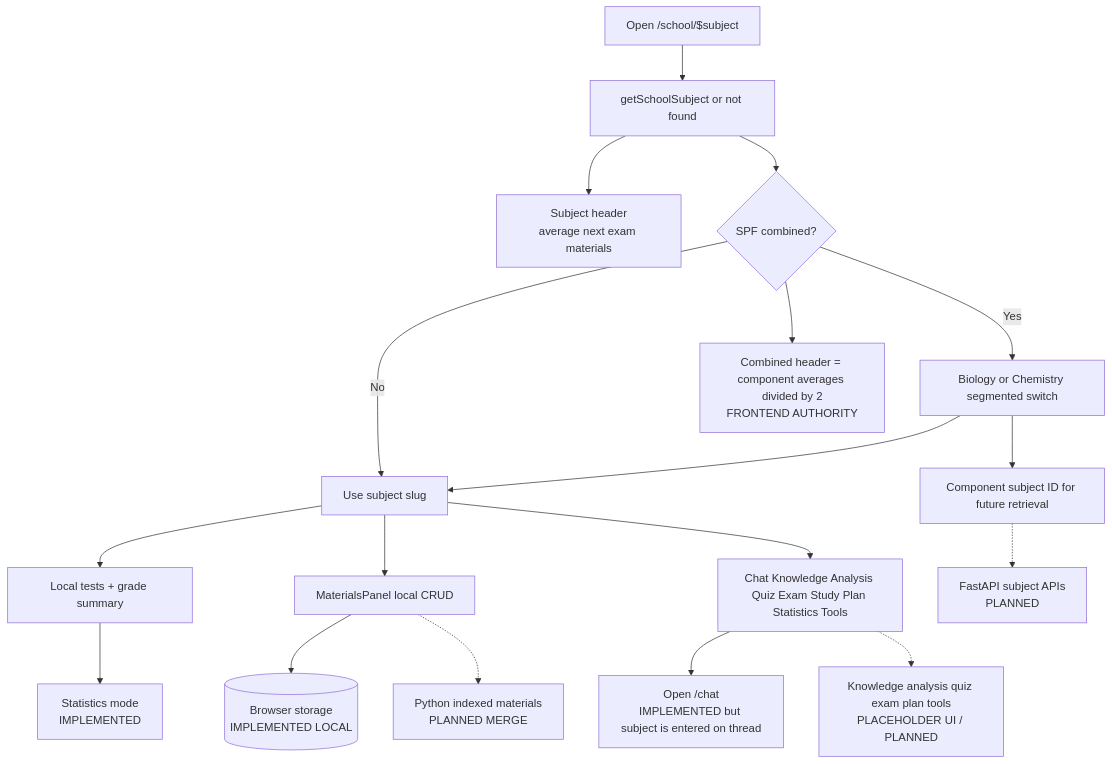
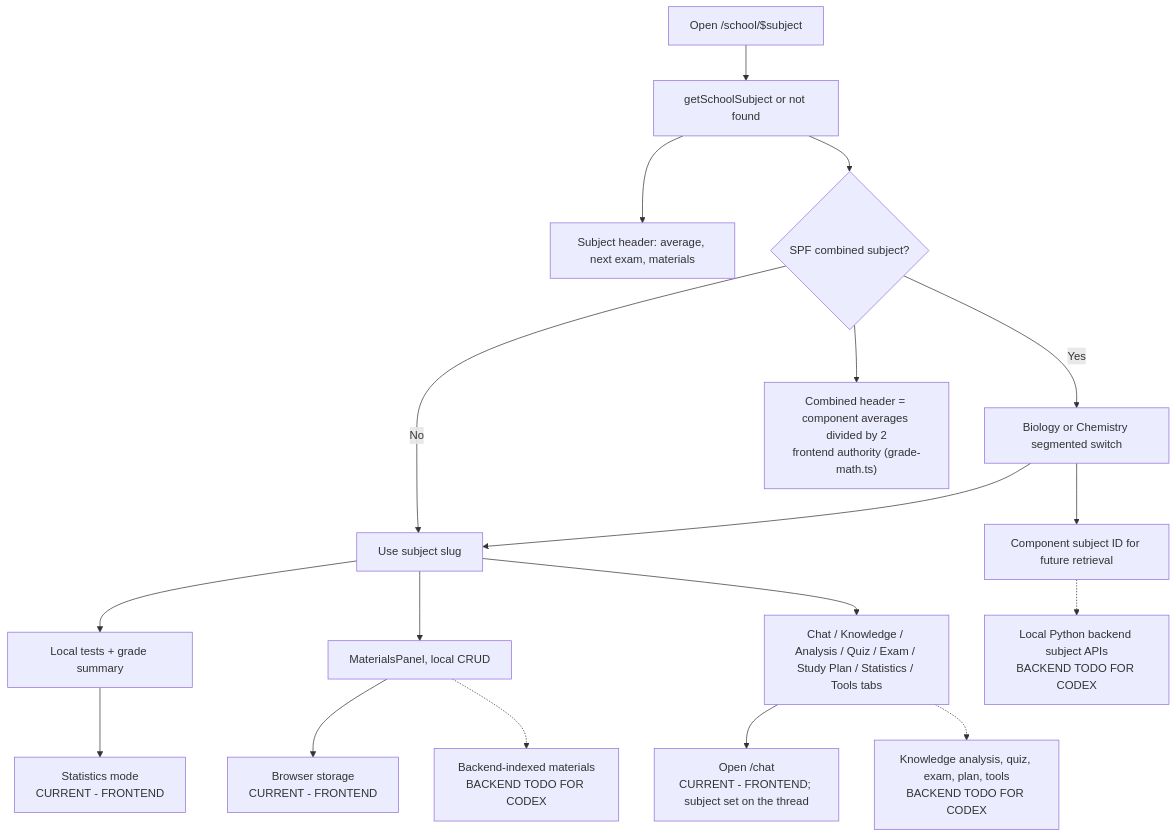
The diagram in docs/wireframes/08-subject-workspace.mmd (keyshavmor/study-swiss-star), drawn with Mermaid before and after one commit. The commit also changed 91 other files, not shown here.

```diff
--- a/docs/wireframes/08-subject-workspace.mmd
+++ b/docs/wireframes/08-subject-workspace.mmd
@@ -1,18 +1,19 @@
+%% /school/$subject workspace (routes/_authenticated/school.$subject.tsx).
 flowchart TD
-  Route[Open /school/$subject] --> Lookup[getSchoolSubject or not found]
-  Lookup --> Header[Subject header\naverage next exam materials]
-  Lookup --> Components{SPF combined?}
-  Components -->|No| Active[Use subject slug]
-  Components -->|Yes| Toggle[Biology or Chemistry segmented switch]
+  Route["Open /school/$subject"] --> Lookup["getSchoolSubject or not found"]
+  Lookup --> Header["Subject header: average, next exam, materials"]
+  Lookup --> Components{"SPF combined subject?"}
+  Components -->|No| Active["Use subject slug"]
+  Components -->|Yes| Toggle["Biology or Chemistry segmented switch"]
   Toggle --> Active
-  Active --> Grades[Local tests + grade summary]
-  Active --> Materials[MaterialsPanel local CRUD]
-  Active --> Modes[Chat Knowledge Analysis Quiz Exam Study Plan Statistics Tools]
-  Grades --> Stats[Statistics mode\nIMPLEMENTED]
-  Modes --> Chat[Open /chat\nIMPLEMENTED but subject is entered on thread]
-  Modes -.-> Future[Knowledge analysis quiz exam plan tools\nPLACEHOLDER UI / PLANNED]
-  Materials --> Local[(Browser storage\nIMPLEMENTED LOCAL)]
-  Materials -.-> Indexed[Python indexed materials\nPLANNED MERGE]
-  Toggle --> Scope[Component subject ID for future retrieval]
-  Scope -.-> Python[FastAPI subject APIs\nPLANNED]
-  Components --> Formula[Combined header = component averages divided by 2\nFRONTEND AUTHORITY]
+  Active --> Grades["Local tests + grade summary"]
+  Active --> Materials["MaterialsPanel, local CRUD"]
+  Active --> Modes["Chat / Knowledge / Analysis / Quiz / Exam / Study Plan / Statistics / Tools tabs"]
+  Grades --> Stats["Statistics mode<br/>CURRENT - FRONTEND"]
+  Modes --> Chat["Open /chat<br/>CURRENT - FRONTEND; subject set on the thread"]
+  Modes -.-> Future["Knowledge analysis, quiz, exam, plan, tools<br/>BACKEND TODO FOR CODEX"]
+  Materials --> Local["Browser storage<br/>CURRENT - FRONTEND"]
+  Materials -.-> Indexed["Backend-indexed materials<br/>BACKEND TODO FOR CODEX"]
+  Toggle --> Scope["Component subject ID for future retrieval"]
+  Scope -.-> Python["Local Python backend subject APIs<br/>BACKEND TODO FOR CODEX"]
+  Components --> Formula["Combined header = component averages divided by 2<br/>frontend authority (grade-math.ts)"]
```
